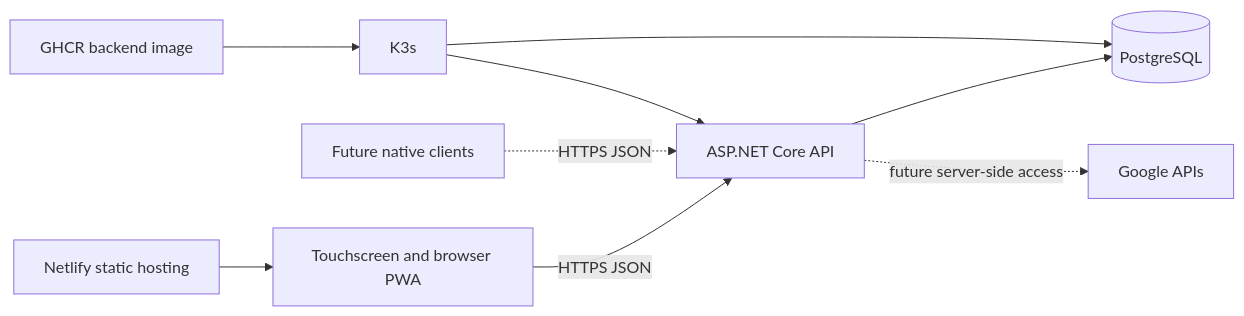
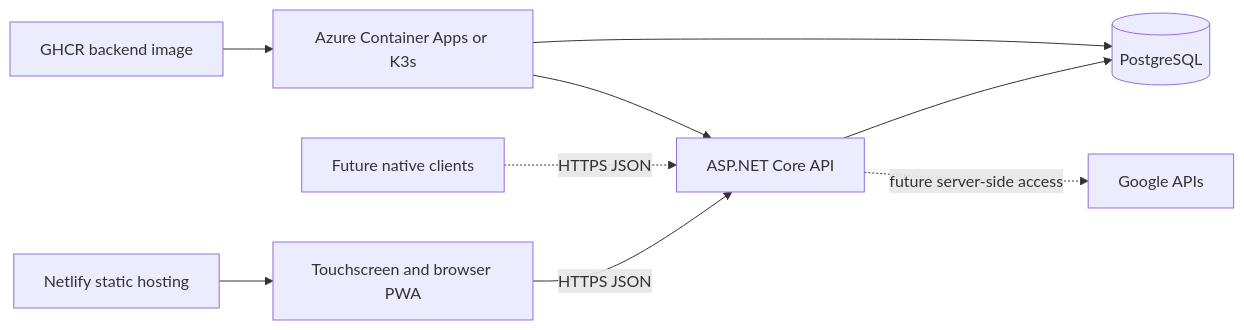
One commit to egobrane/FamilyBoard changed the diagram in docs/architecture.md. Above: the diagram before and after it, drawn with Mermaid. The commit also changed other lines of this file and 19 other files, not shown here.

Commit message:
Deploying infrastructure necessary to host site data in containers on Azure.

````diff
--- a/docs/architecture.md
+++ b/docs/architecture.md
@@ -5,11 +5,11 @@
 ```mermaid
 flowchart LR
     Browser[Touchscreen and browser PWA] -->|HTTPS JSON| API[ASP.NET Core API]
     Native[Future native clients] -.->|HTTPS JSON| API
     API --> PostgreSQL[(PostgreSQL)]
     API -. future server-side access .-> Google[Google APIs]
     Netlify[Netlify static hosting] --> Browser
-    GHCR[GHCR backend image] --> K3s[K3s]
-    K3s --> API
-    K3s --> PostgreSQL
+    GHCR[GHCR backend image] --> Containers[Azure Container Apps or K3s]
+    Containers --> API
+    Containers --> PostgreSQL
 ```
````
